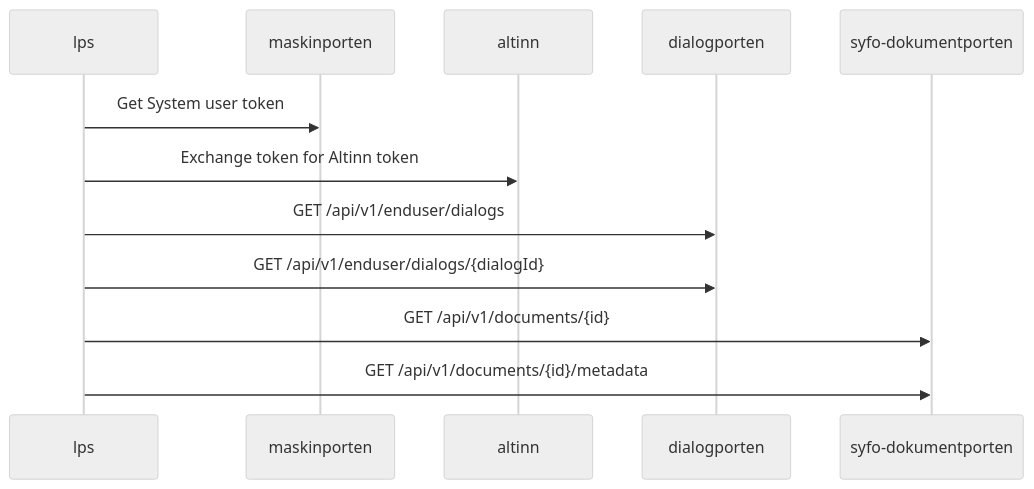
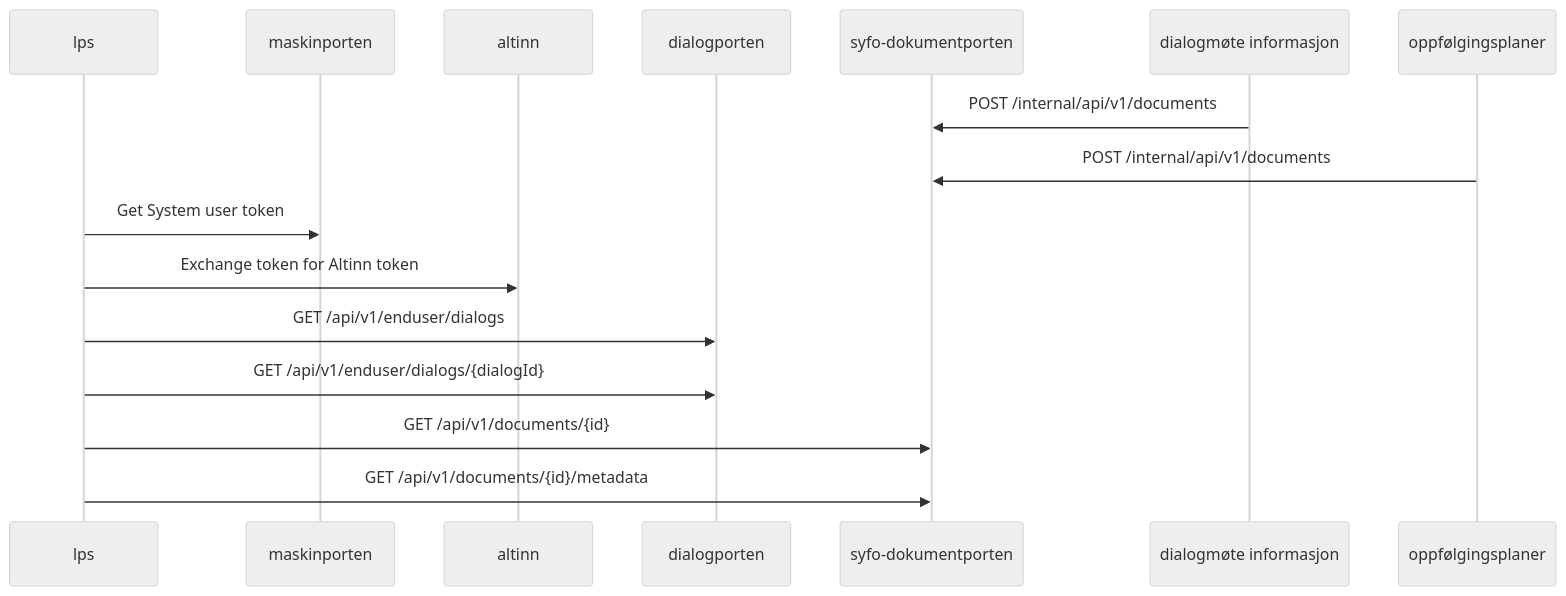
The first of 3 diagrams in README.md (navikt/syfo-dokumentporten), drawn with Mermaid (neutral theme) before and after one commit. The commit also changed other lines of this file, not shown here.

Commit message:
Showing the source of documents in request flow from LPS perspective

````diff
--- a/README.md
+++ b/README.md
@@ -34,15 +34,19 @@
 ```mermaid
 sequenceDiagram
     participant lps
     participant maskinporten
     participant altinn
     participant dialogporten
     participant dokumentporten as syfo-dokumentporten
-
+    participant dialogmote as dialogmøte informasjon
+    participant oppfolginsplan as oppfølgingsplaner
+    
+    dialogmote ->> dokumentporten: POST /internal/api/v1/documents
+    oppfolginsplan ->> dokumentporten: POST /internal/api/v1/documents
     lps ->> maskinporten: Get System user token
     lps ->> altinn: Exchange token for Altinn token
     lps ->> dialogporten: GET /api/v1/enduser/dialogs
     lps ->> dialogporten: GET /api/v1/enduser/dialogs/{dialogId}
     lps ->> dokumentporten: GET /api/v1/documents/{id}
     lps ->> dokumentporten: GET /api/v1/documents/{id}/metadata
 ```
````
